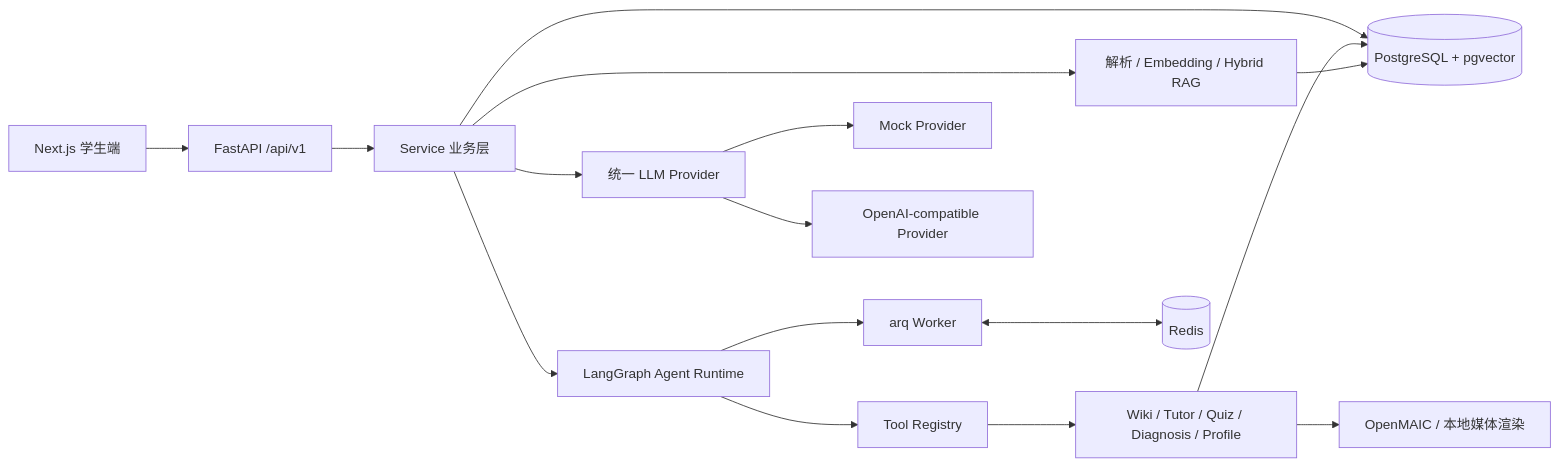
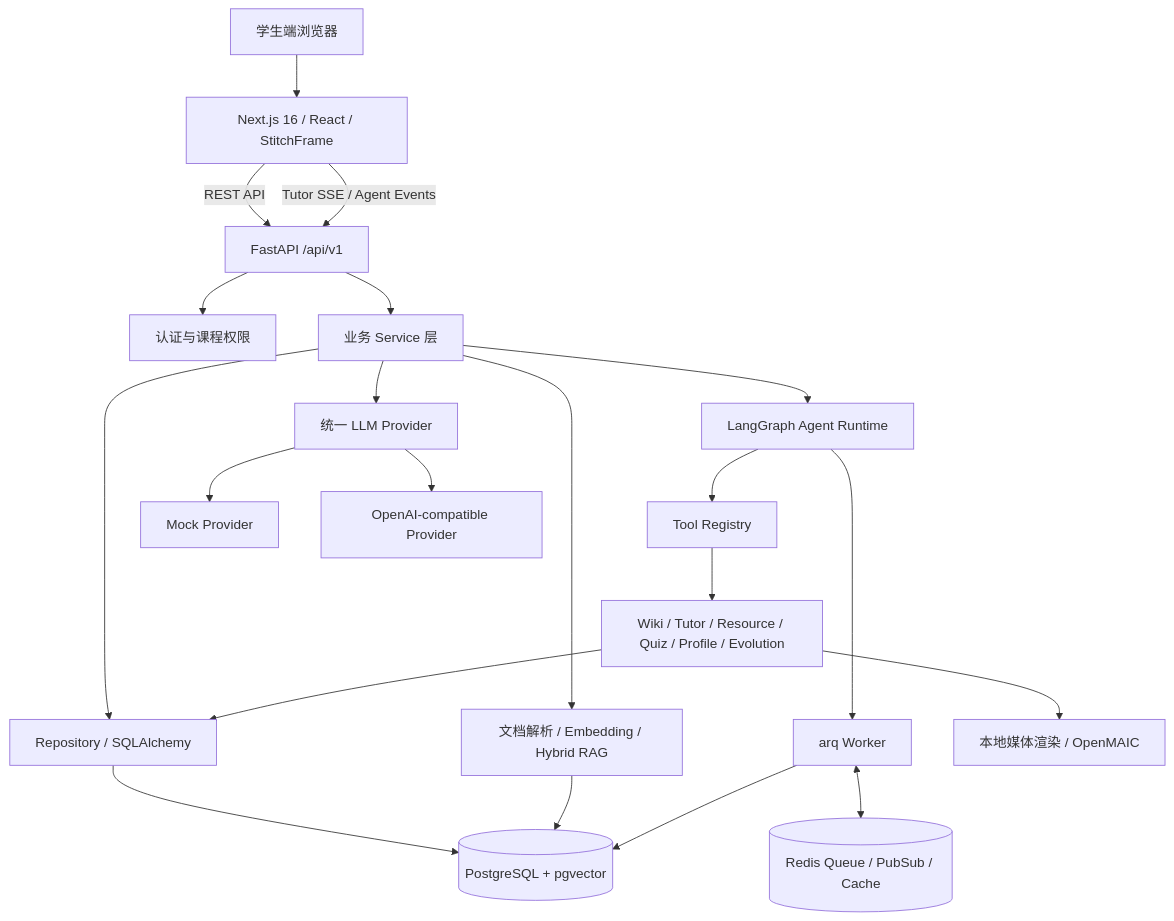
One commit to mapleleaves28744/zhixue changed the diagram in README.md. Above: the diagram before and after it, drawn with Mermaid. The commit also changed other lines of this file and 4 other files, not shown here.

````diff
--- a/README.md
+++ b/README.md
@@ -77,18 +193,28 @@
 ```mermaid
-flowchart LR
-    UI[Next.js 学生端] --> API[FastAPI /api/v1]
-    API --> SVC[Service 业务层]
-    SVC --> RAG[解析 / Embedding / Hybrid RAG]
-    SVC --> RT[LangGraph Agent Runtime]
-    RT --> REG[Tool Registry]
-    REG --> DOMAIN[Wiki / Tutor / Quiz / Diagnosis / Profile]
-    RT --> QUEUE[arq Worker]
-    QUEUE <--> REDIS[(Redis)]
-    SVC --> PG[(PostgreSQL + pgvector)]
-    DOMAIN --> PG
+flowchart TB
+    Browser[学生端浏览器] --> Web[Next.js 16 / React / StitchFrame]
+    Web -->|REST API| API[FastAPI /api/v1]
+    Web -->|Tutor SSE / Agent Events| API
+
+    API --> Auth[认证与课程权限]
+    API --> Services[业务 Service 层]
+    Services --> Repo[Repository / SQLAlchemy]
+    Repo --> PG[(PostgreSQL + pgvector)]
+
+    Services --> RAG[文档解析 / Embedding / Hybrid RAG]
     RAG --> PG
-    SVC --> LLM[统一 LLM Provider]
-    LLM --> MOCK[Mock Provider]
-    LLM --> COMPAT[OpenAI-compatible Provider]
-    DOMAIN --> MEDIA[OpenMAIC / 本地媒体渲染]
+
+    Services --> Runtime[LangGraph Agent Runtime]
+    Runtime --> Registry[Tool Registry]
+    Registry --> Domains[Wiki / Tutor / Resource / Quiz / Profile / Evolution]
+    Domains --> Repo
+
+    Runtime --> Queue[arq Worker]
+    Queue <--> Redis[(Redis Queue / PubSub / Cache)]
+    Queue --> PG
+
+    Services --> Provider[统一 LLM Provider]
+    Provider --> Mock[Mock Provider]
+    Provider --> Compatible[OpenAI-compatible Provider]
+    Domains --> Media[本地媒体渲染 / OpenMAIC]
 ```
````
